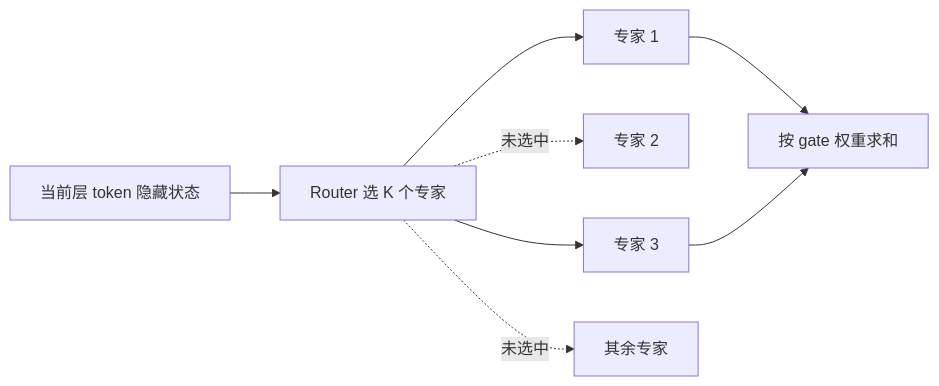
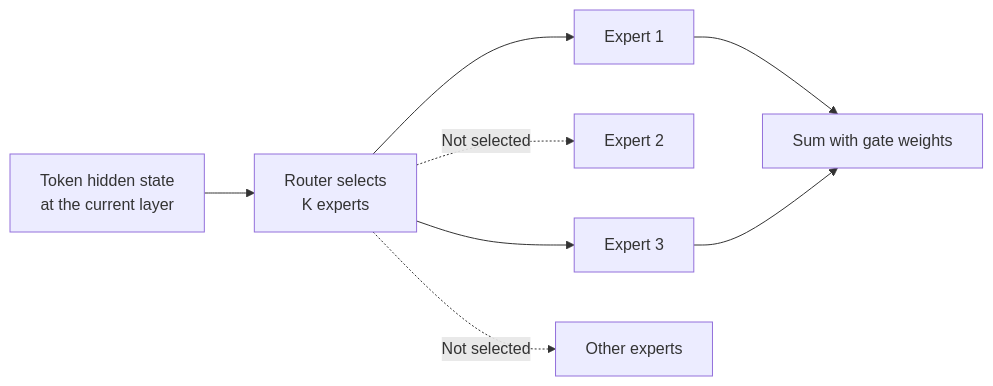
One commit to oneleaveknowsthefall/awesome-ai-roadmap changed the first of 2 diagrams in docs/llm/03-inference-serving/19-moe.md. Above: the diagram before and after it, drawn with Mermaid. The commit also changed other lines of this file and 92 other files, not shown here.

````diff
--- a/docs/llm/03-inference-serving/19-moe.md
+++ b/docs/llm/03-inference-serving/19-moe.md
@@ -17,10 +17,10 @@
 ```mermaid
 flowchart LR
-    T["当前层 token 隐藏状态"] --> R["Router 选 K 个专家"]
-    R --> E1["专家 1"]
-    R -.未选中.-> E2["专家 2"]
-    R --> E3["专家 3"]
-    R -.未选中.-> EN["其余专家"]
-    E1 --> O["按 gate 权重求和"]
+    T["Token hidden state<br/>at the current layer"] --> R["Router selects<br/>K experts"]
+    R --> E1["Expert 1"]
+    R -.Not selected.-> E2["Expert 2"]
+    R --> E3["Expert 3"]
+    R -.Not selected.-> EN["Other experts"]
+    E1 --> O["Sum with gate weights"]
     E3 --> O
 ```
````
